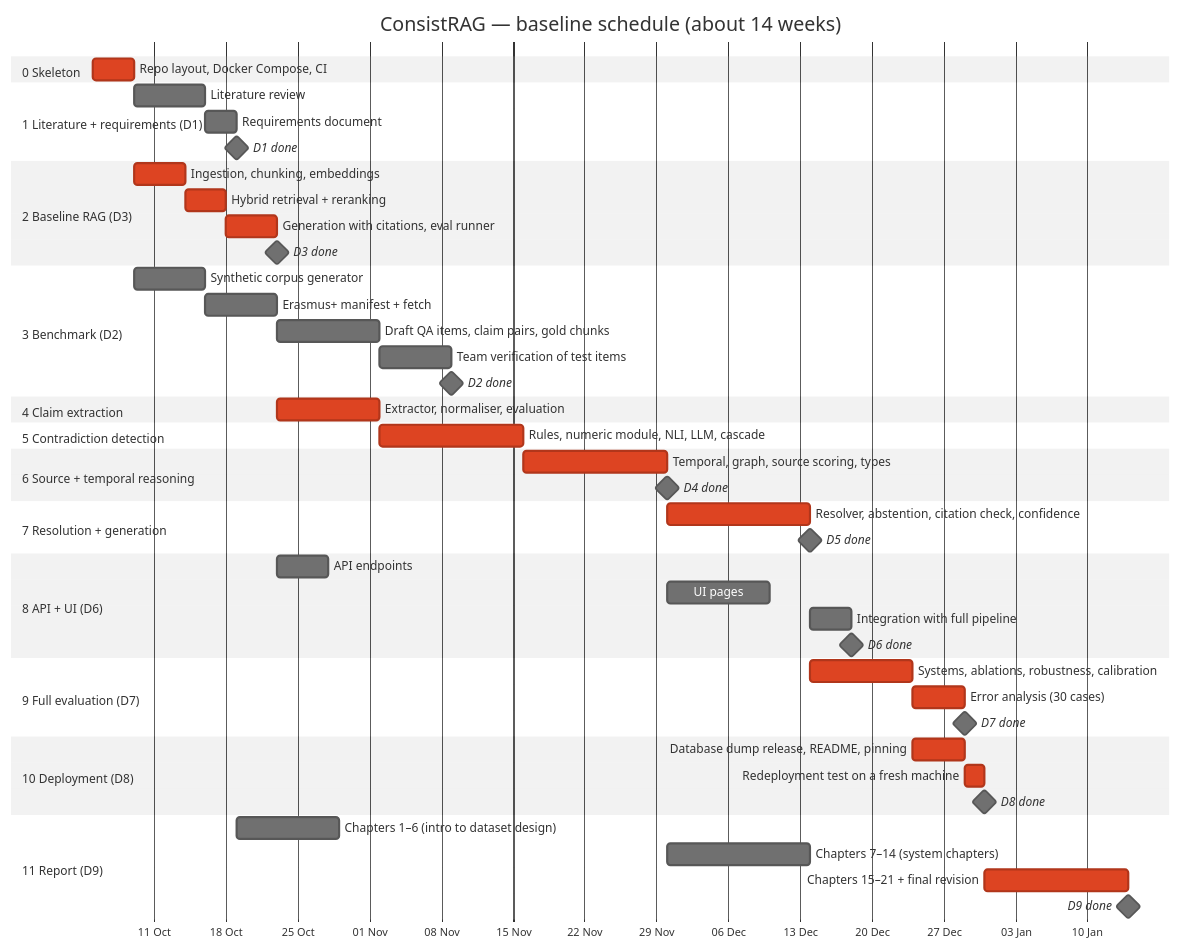
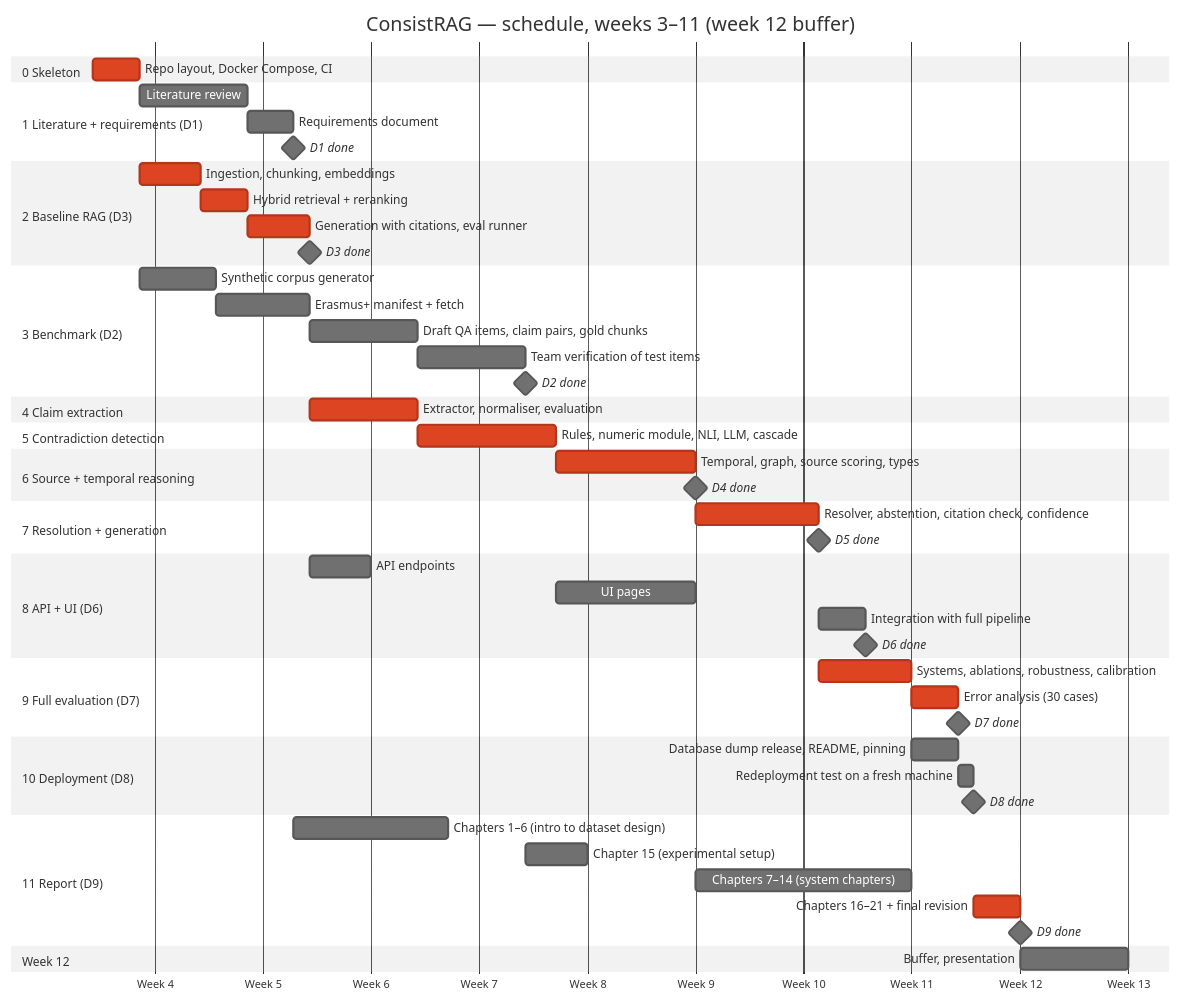
The diagram in docs/gantt.md (GDaycer/ConsistRAG), drawn with Mermaid (neutral theme) before and after one commit. The commit also changed other lines of this file and 1 other file, not shown here.

Commit message:
Reschedule Gantt chart to semester weeks 3-11
Fit the plan into weeks 3-11 with week 12 as buffer: shorter phases,
more parallel work, axis in semester weeks, real dates in the table,
and a scope-cut order if a phase slips.

Claude-Session: https://claude.ai/code/session_01FHxSgmcjkLqEFFrcDcbkh9

````diff
--- a/docs/gantt.md
+++ b/docs/gantt.md
@@ -7,65 +12,70 @@
 ```mermaid
 gantt
-    title ConsistRAG — baseline schedule (about 14 weeks)
+    title ConsistRAG — schedule, weeks 3–11 (week 12 buffer)
     dateFormat YYYY-MM-DD
-    axisFormat %d %b
+    axisFormat Week %-W
     tickInterval 1week
+    weekday monday
     todayMarker off
 
     section 0 Skeleton
-    Repo layout, Docker Compose, CI               :crit, p0, 2026-10-05, 4d
+    Repo layout, Docker Compose, CI                  :crit, p0, 2024-01-18, 3d
 
     section 1 Literature + requirements (D1)
-    Literature review                             :p1a, after p0, 7d
-    Requirements document                         :p1b, after p1a, 3d
-    D1 done                                       :milestone, m1, after p1b, 0d
+    Literature review                                :p1a, after p0, 7d
+    Requirements document                            :p1b, after p1a, 3d
+    D1 done                                          :milestone, m1, after p1b, 0d
 
     section 2 Baseline RAG (D3)
-    Ingestion, chunking, embeddings               :crit, p2a, after p0, 5d
-    Hybrid retrieval + reranking                  :crit, p2b, after p2a, 4d
-    Generation with citations, eval runner        :crit, p2c, after p2b, 5d
-    D3 done                                       :milestone, m3, after p2c, 0d
+    Ingestion, chunking, embeddings                  :crit, p2a, after p0, 4d
+    Hybrid retrieval + reranking                     :crit, p2b, after p2a, 3d
+    Generation with citations, eval runner           :crit, p2c, after p2b, 4d
+    D3 done                                          :milestone, m3, after p2c, 0d
 
     section 3 Benchmark (D2)
-    Synthetic corpus generator                    :p3a, after p0, 7d
-    Erasmus+ manifest + fetch                     :p3b, after p3a, 7d
-    Draft QA items, claim pairs, gold chunks      :p3c, after p3b, 10d
-    Team verification of test items               :p3d, after p3c, 7d
-    D2 done                                       :milestone, m2, after p3d, 0d
+    Synthetic corpus generator                       :p3a, after p0, 5d
+    Erasmus+ manifest + fetch                        :p3b, after p3a, 6d
+    Draft QA items, claim pairs, gold chunks         :p3c, after p3b, 7d
+    Team verification of test items                  :p3d, after p3c, 7d
+    D2 done                                          :milestone, m2, after p3d, 0d
 
     section 4 Claim extraction
-    Extractor, normaliser, evaluation             :crit, p4, after p2c, 10d
+    Extractor, normaliser, evaluation                :crit, p4, after p2c, 7d
 
     section 5 Contradiction detection
-    Rules, numeric module, NLI, LLM, cascade      :crit, p5, after p4, 14d
+    Rules, numeric module, NLI, LLM, cascade         :crit, p5, after p4, 9d
 
     section 6 Source + temporal reasoning
-    Temporal, graph, source scoring, types        :crit, p6, after p5, 14d
-    D4 done                                       :milestone, m4, after p6, 0d
+    Temporal, graph, source scoring, types           :crit, p6, after p5, 9d
+    D4 done                                          :milestone, m4, after p6, 0d
 
     section 7 Resolution + generation
-    Resolver, abstention, citation check, confidence :crit, p7, after p6, 14d
-    D5 done                                       :milestone, m5, after p7, 0d
+    Resolver, abstention, citation check, confidence :crit, p7, after p6, 8d
+    D5 done                                          :milestone, m5, after p7, 0d
 
     section 8 API + UI (D6)
-    API endpoints                                 :p8a, after p2c, 5d
-    UI pages                                      :p8b, after p6, 10d
-    Integration with full pipeline                :p8c, after p7, 4d
-    D6 done                                       :milestone, m6, after p8c, 0d
+    API endpoints                                    :p8a, after p2c, 4d
+    UI pages                                         :p8b, after p5, 9d
+    Integration with full pipeline                   :p8c, after p7, 3d
+    D6 done                                          :milestone, m6, after p8c, 0d
 
     section 9 Full evaluation (D7)
-    Systems, ablations, robustness, calibration   :crit, p9a, after p7 p3d, 10d
-    Error analysis (30 cases)                     :crit, p9b, after p9a, 5d
-    D7 done                                       :milestone, m7, after p9b, 0d
+    Systems, ablations, robustness, calibration      :crit, p9a, after p7 p3d, 6d
+    Error analysis (30 cases)                        :crit, p9b, after p9a, 3d
+    D7 done                                          :milestone, m7, after p9b, 0d
 
     section 10 Deployment (D8)
-    Database dump release, README, pinning        :crit, p10a, after p9a p8c, 5d
-    Redeployment test on a fresh machine          :crit, p10b, after p10a, 2d
-    D8 done                                       :milestone, m8, after p10b, 0d
+    Database dump release, README, pinning           :p10a, after p9a p8c, 3d
+    Redeployment test on a fresh machine             :p10b, after p10a, 1d
+    D8 done                                          :milestone, m8, after p10b, 0d
 
     section 11 Report (D9)
-    Chapters 1–6 (intro to dataset design)        :p11a, after p1b, 10d
-    Chapters 7–14 (system chapters)               :p11b, after p6, 14d
-    Chapters 15–21 + final revision               :crit, p11c, after p9b p10b, 14d
-    D9 done                                       :milestone, m9, after p11c, 0d
+    Chapters 1–6 (intro to dataset design)           :p11a, after p1b, 10d
+    Chapter 15 (experimental setup)                  :p11c, after p3d, 4d
+    Chapters 7–14 (system chapters)                  :p11b, after p6, 14d
+    Chapters 16–21 + final revision                  :crit, p11d, after p9b p10b, 3d
+    D9 done                                          :milestone, m9, after p11d, 0d
+
+    section Week 12
+    Buffer, presentation                             :buf, after p11d, 7d
 ```
````
